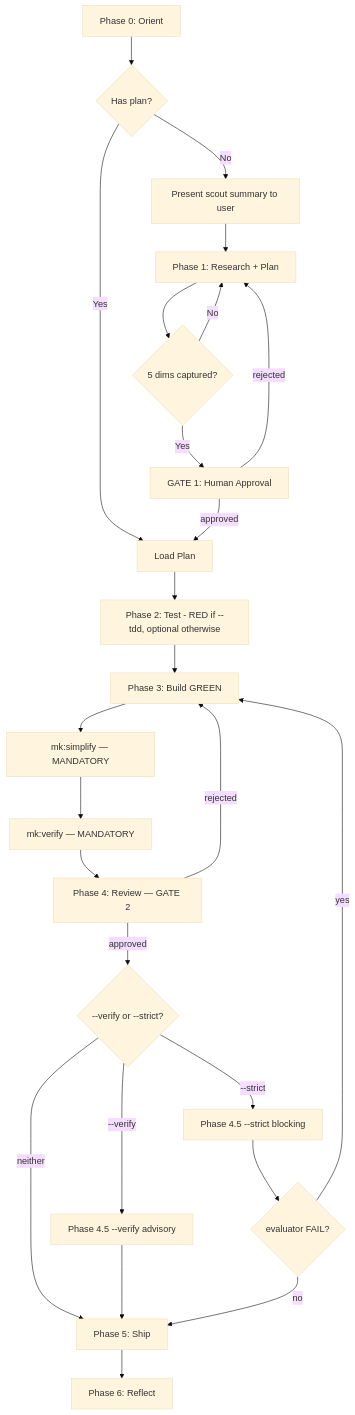
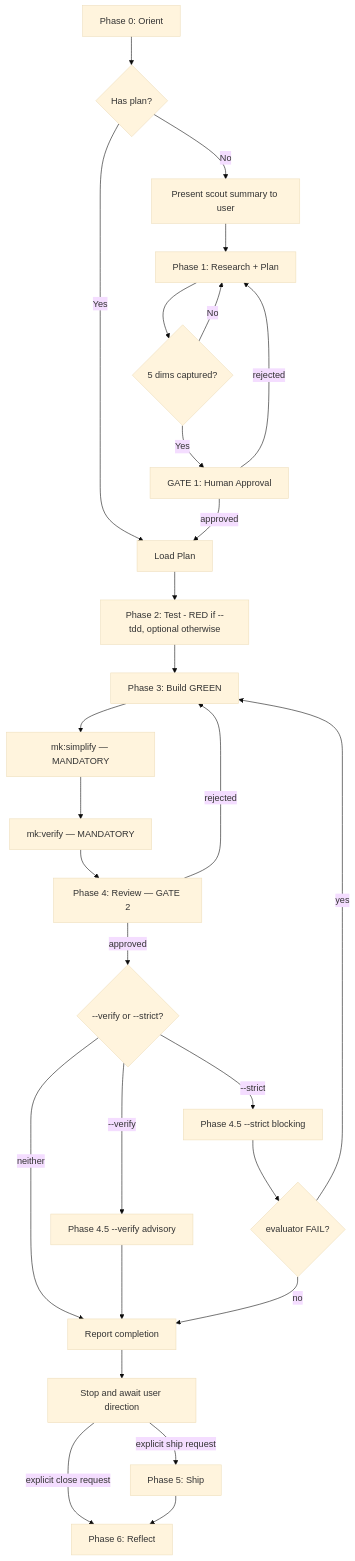
One commit to ngocsangyem/MeowKit changed the diagram in plugin/skills/cook/SKILL.md. Above: the diagram before and after it, drawn with Mermaid (base theme). The commit also changed other lines of this file and 14 other files, not shown here.

Commit message:
refactor: transition cook workflow to stop after reporting and require explicit user commands for ship and reflect phases

````diff
--- a/plugin/skills/cook/SKILL.md
+++ b/plugin/skills/cook/SKILL.md
@@ -102,27 +102,30 @@
 ```mermaid
 flowchart TD
     A[Phase 0: Orient] --> B{Has plan?}
     B -->|Yes| D[Load Plan]
     B -->|No| SP[Present scout summary to user]
     SP --> C[Phase 1: Research + Plan]
     C --> RQ{5 dims captured?}
     RQ -->|No| C
     RQ -->|Yes| G1[GATE 1: Human Approval]
     G1 -->|approved| D
     G1 -->|rejected| C
     D --> E[Phase 2: Test - RED if --tdd, optional otherwise]
     E --> F[Phase 3: Build GREEN]
     F --> S[mk:simplify — MANDATORY]
     S --> V[mk:verify — MANDATORY]
     V --> G2[Phase 4: Review — GATE 2]
     G2 -->|approved| BV{--verify or --strict?}
     BV -->|"--verify"| P45A["Phase 4.5 --verify advisory"]
     BV -->|"--strict"| P45B["Phase 4.5 --strict blocking"]
-    BV -->|neither| H[Phase 5: Ship]
-    P45A --> H
+    BV -->|neither| SR[Report completion]
+    P45A --> SR
     P45B --> BG{evaluator FAIL?}
-    BG -->|no| H
+    BG -->|no| SR
     BG -->|yes| F
     G2 -->|rejected| F
-    H --> I[Phase 6: Reflect]
+    SR --> STOP[Stop and await user direction]
+    STOP -->|explicit ship request| H[Phase 5: Ship]
+    STOP -->|explicit close request| I[Phase 6: Reflect]
+    H --> I
 ```
````
